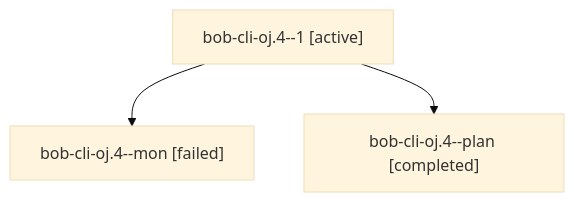
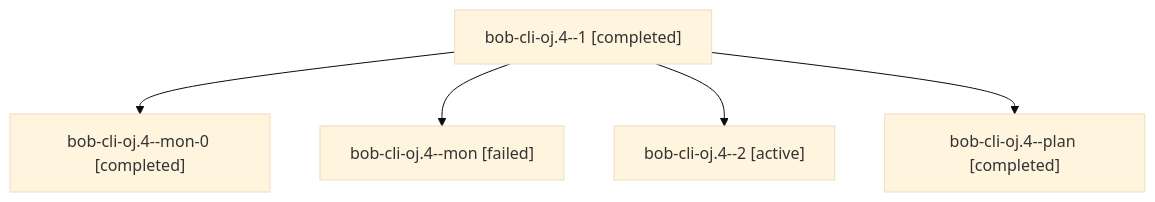
One commit to bobs-org/bob-cli--agents changed the diagram in sessions/bbugyi200.athena.bob-cli-oj.4.md. Above: the diagram before and after it, drawn with Mermaid (base theme). The commit also changed other lines of this file and 54 other files, not shown here.

````diff
--- a/sessions/bbugyi200.athena.bob-cli-oj.4.md
+++ b/sessions/bbugyi200.athena.bob-cli-oj.4.md
@@ -9,8 +9,12 @@
 ```mermaid
 flowchart TD
-  n0["bob-cli-oj.4--1 [active]"]
-  n1["bob-cli-oj.4--mon [failed]"]
+  n0["bob-cli-oj.4--1 [completed]"]
+  n1["bob-cli-oj.4--mon-0 [completed]"]
   n0 --> n1
-  n2["bob-cli-oj.4--plan [completed]"]
+  n2["bob-cli-oj.4--mon [failed]"]
   n0 --> n2
+  n3["bob-cli-oj.4--2 [active]"]
+  n0 --> n3
+  n4["bob-cli-oj.4--plan [completed]"]
+  n0 --> n4
 ```
````
